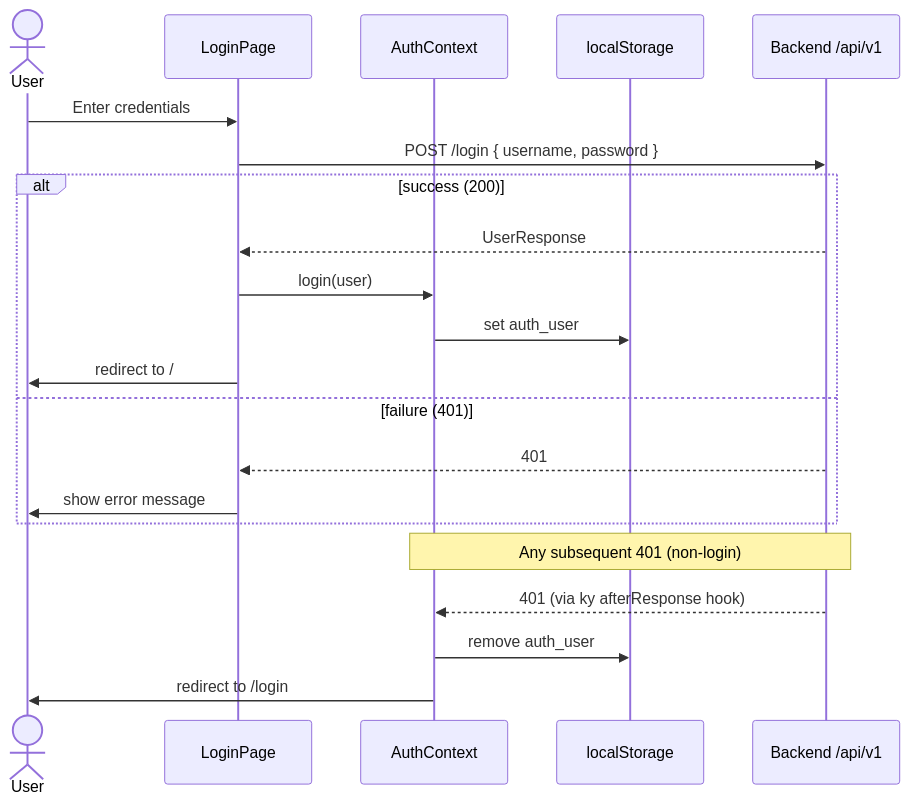
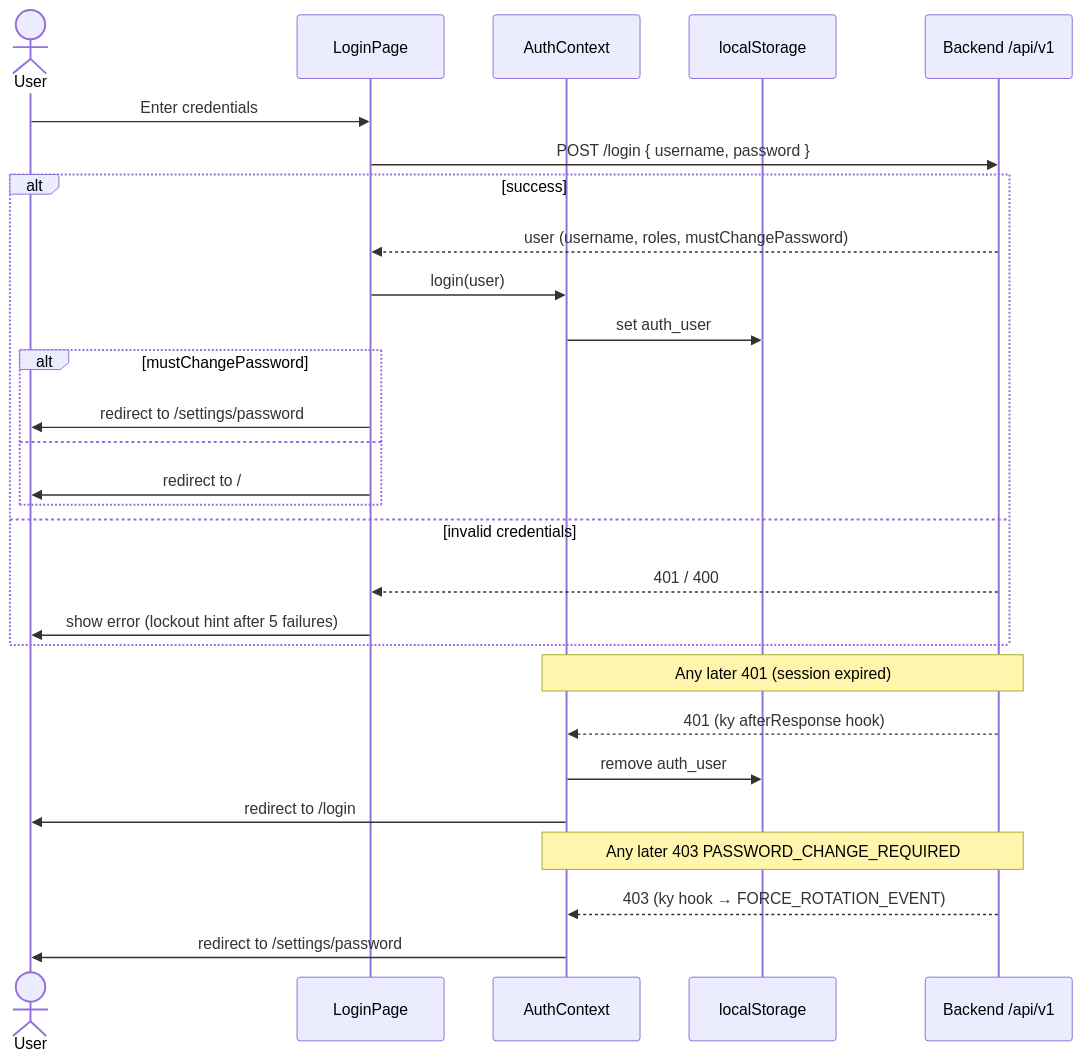
Before and after one commit to jorgetroya80/donations-frontend: the fifth of 8 diagrams in docs/ARCHITECTURE.md, drawn with Mermaid. The commit also changed other lines of this file and 2 other files, not shown here.

First line of the commit message:
docs: rewrite README and architecture guide (#191)

````diff
--- a/docs/ARCHITECTURE.md
+++ b/docs/ARCHITECTURE.md
@@ -245,25 +342,33 @@
 ```mermaid
 sequenceDiagram
     actor User
     participant LoginPage
     participant AuthContext
     participant localStorage
     participant API as Backend /api/v1
 
     User->>LoginPage: Enter credentials
     LoginPage->>API: POST /login { username, password }
-    alt success (200)
-        API-->>LoginPage: UserResponse
+    alt success
+        API-->>LoginPage: user (username, roles, mustChangePassword)
         LoginPage->>AuthContext: login(user)
         AuthContext->>localStorage: set auth_user
-        LoginPage->>User: redirect to /
-    else failure (401)
-        API-->>LoginPage: 401
-        LoginPage->>User: show error message
+        alt mustChangePassword
+            LoginPage->>User: redirect to /settings/password
+        else
+            LoginPage->>User: redirect to /
+        end
+    else invalid credentials
+        API-->>LoginPage: 401 / 400
+        LoginPage->>User: show error (lockout hint after 5 failures)
     end
 
-    note over AuthContext,API: Any subsequent 401 (non-login)
-    API-->>AuthContext: 401 (via ky afterResponse hook)
+    note over AuthContext,API: Any later 401 (session expired)
+    API-->>AuthContext: 401 (ky afterResponse hook)
     AuthContext->>localStorage: remove auth_user
     AuthContext->>User: redirect to /login
+
+    note over AuthContext,API: Any later 403 PASSWORD_CHANGE_REQUIRED
+    API-->>AuthContext: 403 (ky hook → FORCE_ROTATION_EVENT)
+    AuthContext->>User: redirect to /settings/password
 ```
````
